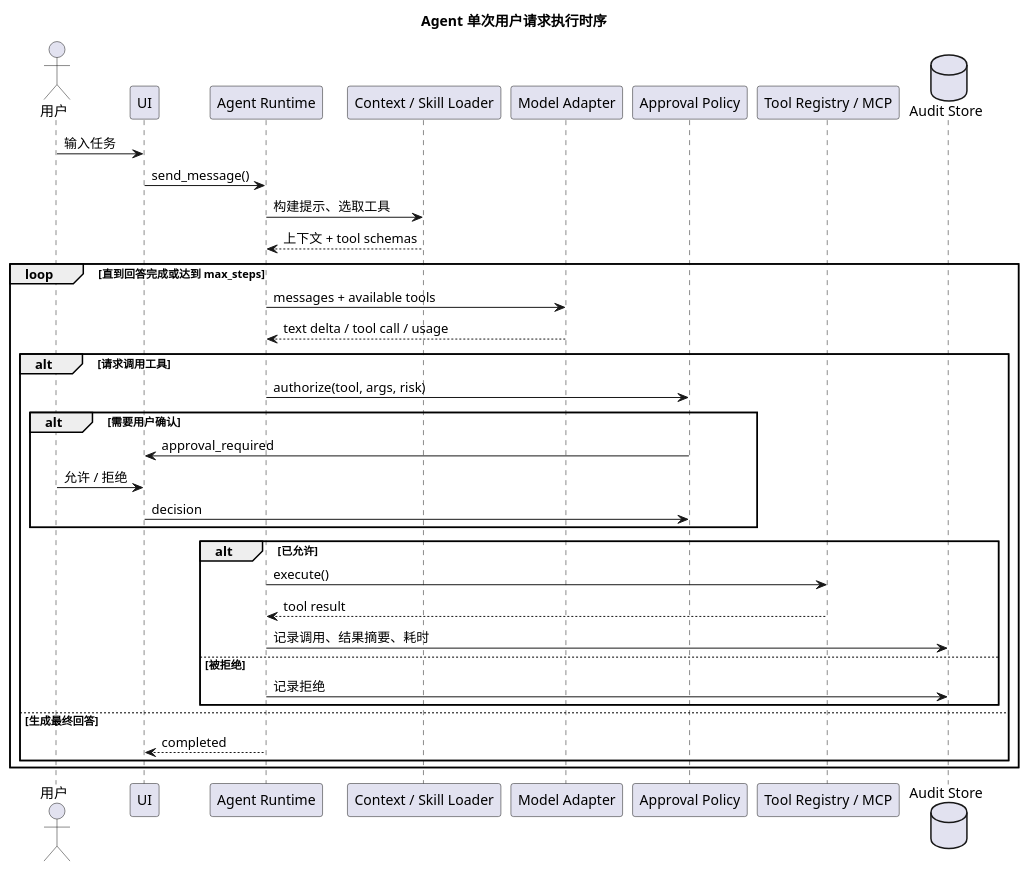
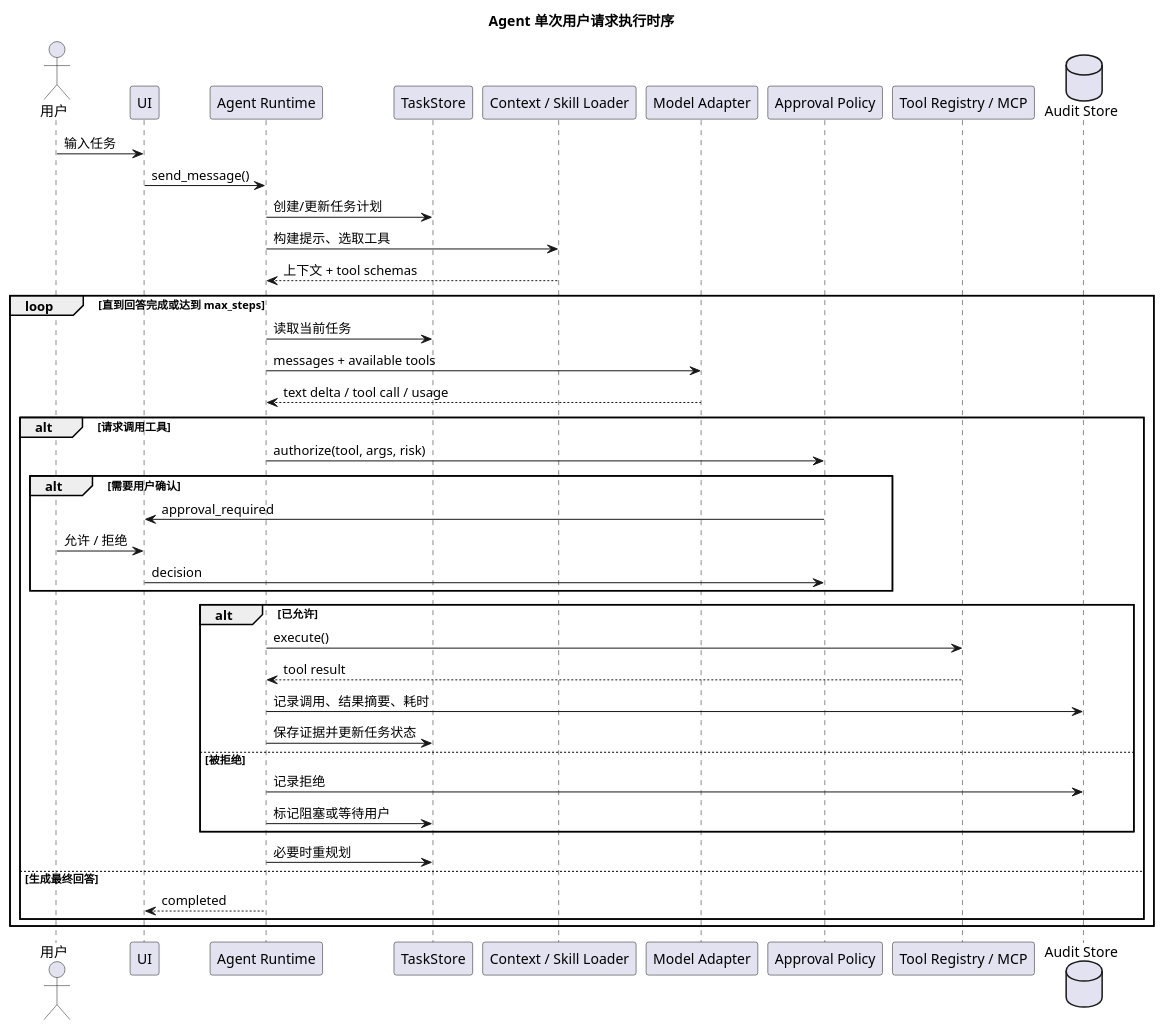
One commit to Amaz1ngJR/AgentLab changed the eighth of 14 diagrams in docs/technical_architecture.md. Above: the diagram before and after it, drawn with PlantUML. The commit also changed other lines of this file and 14 other files, not shown here.

````diff
--- a/docs/technical_architecture.md
+++ b/docs/technical_architecture.md
@@ -399,39 +749,45 @@
 ```plantuml
 @startuml
 title Agent 单次用户请求执行时序
 actor 用户 as User
 participant "UI" as UI
 participant "Agent Runtime" as Agent
+participant "TaskStore" as Store
 participant "Context / Skill Loader" as Skill
 participant "Model Adapter" as LLM
 participant "Approval Policy" as Policy
 participant "Tool Registry / MCP" as Tool
 database "Audit Store" as Audit
 
 User -> UI : 输入任务
 UI -> Agent : send_message()
+Agent -> Store : 创建/更新任务计划
 Agent -> Skill : 构建提示、选取工具
 Skill --> Agent : 上下文 + tool schemas
 loop 直到回答完成或达到 max_steps
+  Agent -> Store : 读取当前任务
   Agent -> LLM : messages + available tools
   LLM --> Agent : text delta / tool call / usage
   alt 请求调用工具
     Agent -> Policy : authorize(tool, args, risk)
     alt 需要用户确认
       Policy -> UI : approval_required
       User -> UI : 允许 / 拒绝
       UI -> Policy : decision
     end
     alt 已允许
       Agent -> Tool : execute()
       Tool --> Agent : tool result
       Agent -> Audit : 记录调用、结果摘要、耗时
+      Agent -> Store : 保存证据并更新任务状态
     else 被拒绝
       Agent -> Audit : 记录拒绝
+      Agent -> Store : 标记阻塞或等待用户
     end
+    Agent -> Store : 必要时重规划
   else 生成最终回答
     Agent --> UI : completed
   end
 end
 @enduml
 ```
````
